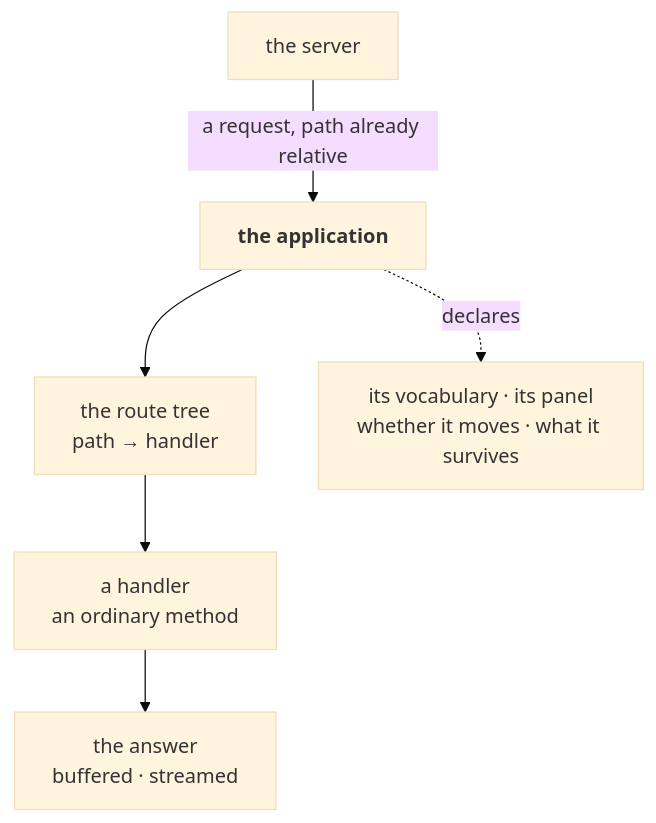
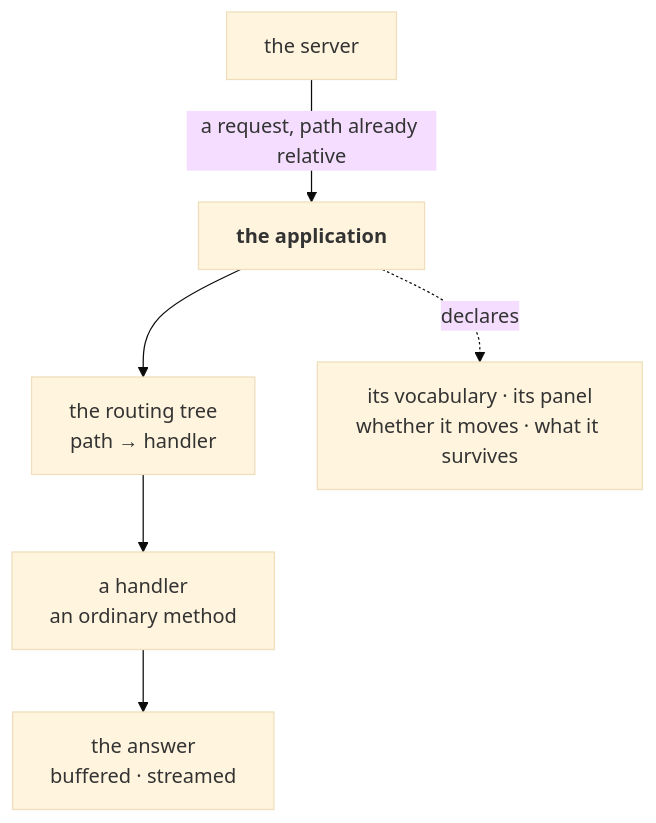
Before and after one commit to genropy/genro-asgi: the first of 2 diagrams in internals/10_server/020_applications/design.md, drawn with Mermaid (base theme). The commit also changed other lines of this file and 24 other files, not shown here.

````diff
--- a/internals/10_server/020_applications/design.md
+++ b/internals/10_server/020_applications/design.md
@@ -45,8 +45,8 @@
 ```mermaid
 flowchart TB
     SRV["the server"] -->|"a request, path already relative"| APP["<b>the application</b>"]
-    APP --> TREE["the route tree<br/>path → handler"]
+    APP --> TREE["the routing tree<br/>path → handler"]
     TREE --> H["a handler<br/>an ordinary method"]
     H --> ANS["the answer<br/>buffered · streamed"]
     APP -.->|"declares"| OBL["its vocabulary · its panel<br/>whether it moves · what it survives"]
 ```
````
